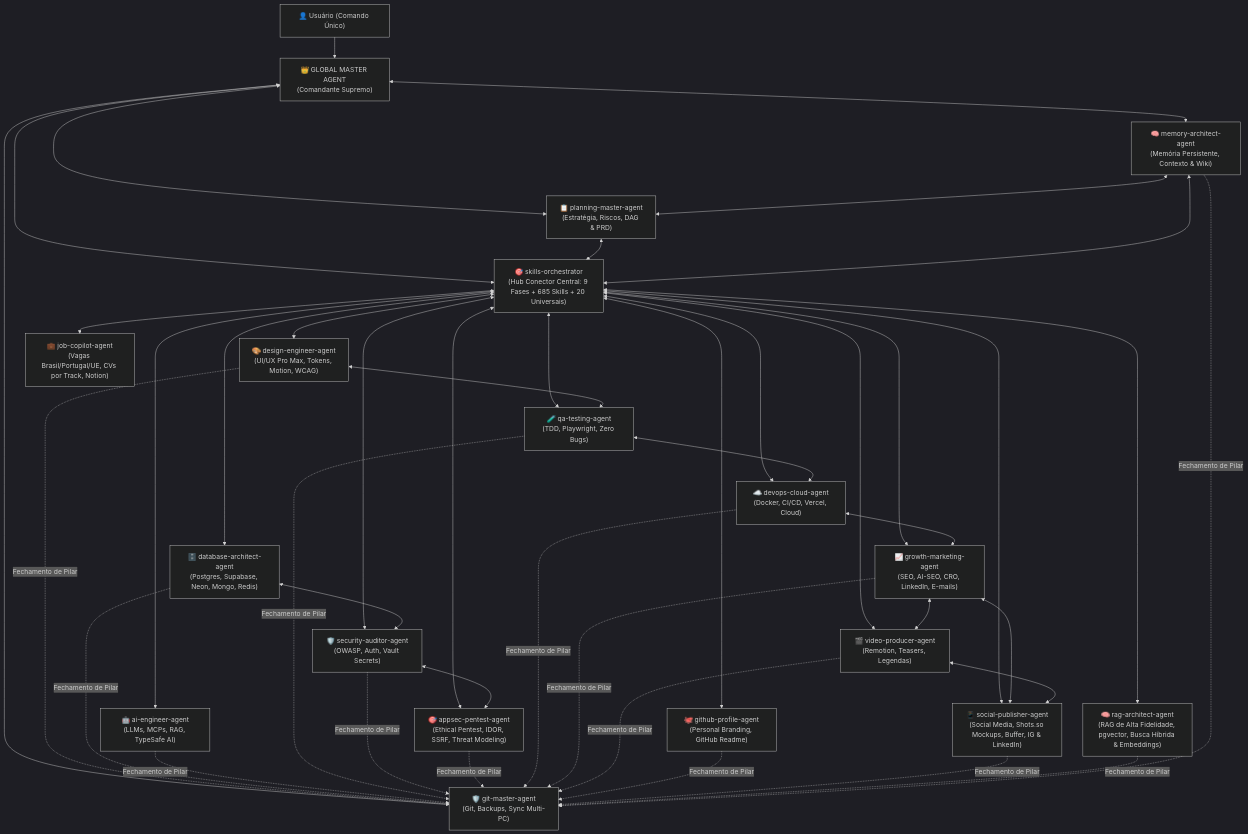
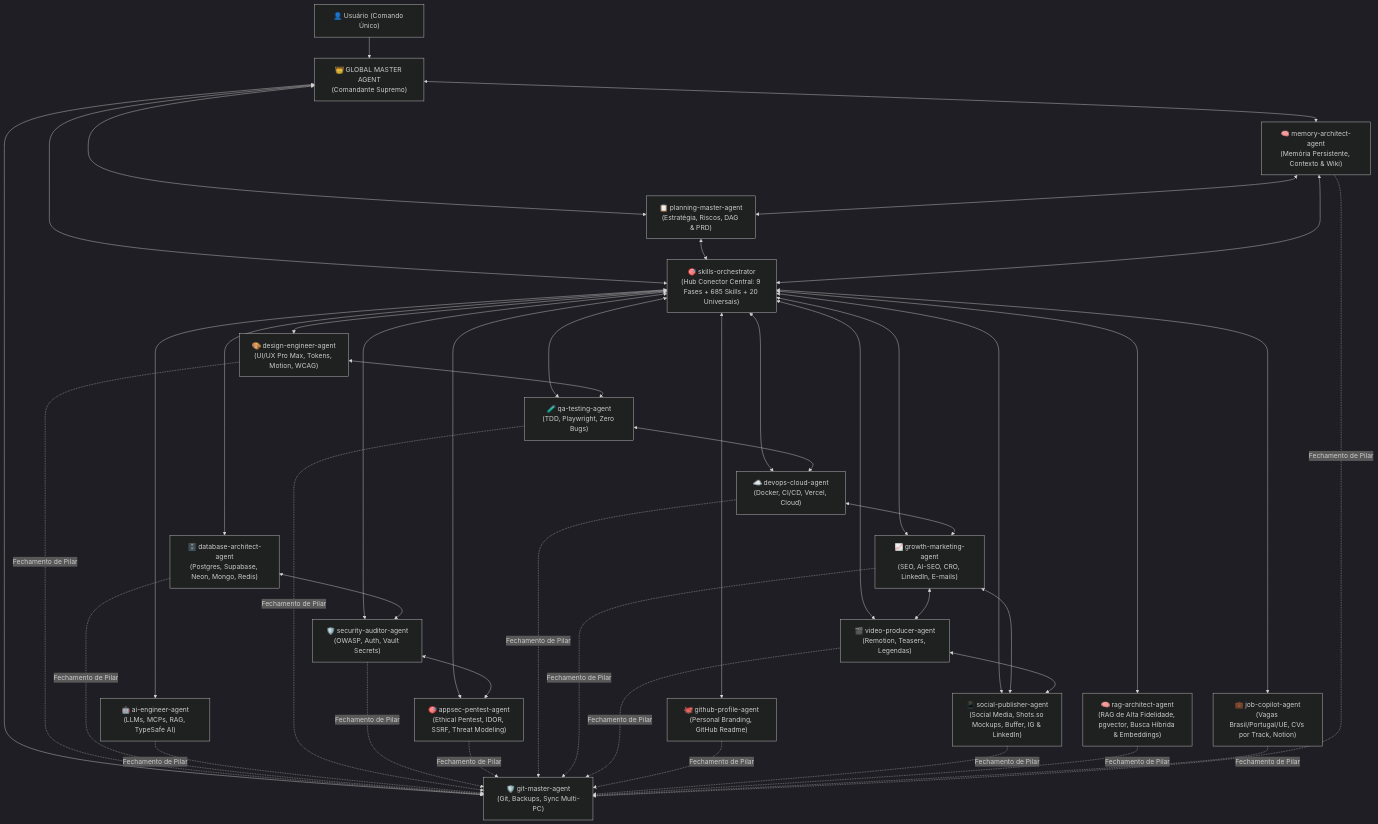
Before and after one commit to Henrique1601/SkiilsToIAs: the first of 2 diagrams in custom-agents/global-master-agent.md, drawn with Mermaid (dark theme). The commit also changed other lines of this file and 6 other files, not shown here.

````diff
--- a/custom-agents/global-master-agent.md
+++ b/custom-agents/global-master-agent.md
@@ -74,51 +74,52 @@
 ```mermaid
 flowchart TD
     User["👤 Usuário (Comando Único)"] --> GMA["👑 GLOBAL MASTER AGENT<br/>(Comandante Supremo)"]
     
     GMA <--> PLAN["📋 planning-master-agent<br/>(Estratégia, Riscos, DAG & PRD)"]
     GMA <--> MEM["🧠 memory-architect-agent<br/>(Memória Persistente, Contexto & Wiki)"]
     GMA <--> ORCH["🎯 skills-orchestrator<br/>(Hub Conector Central: 9 Fases + 685 Skills + 20 Universais)"]
     GMA <--> GIT["🛡️ git-master-agent<br/>(Git, Backups, Sync Multi-PC)"]
 
     PLAN <--> ORCH
     MEM <--> ORCH
     MEM <--> PLAN
 
     ORCH <--> UI["🎨 design-engineer-agent<br/>(UI/UX Pro Max, Tokens, Motion, WCAG)"]
     ORCH <--> DB["🗄️ database-architect-agent<br/>(Postgres, Supabase, Neon, Mongo, Redis)"]
     ORCH <--> AI["🤖 ai-engineer-agent<br/>(LLMs, MCPs, RAG, TypeSafe AI)"]
     ORCH <--> QA["🧪 qa-testing-agent<br/>(TDD, Playwright, Zero Bugs)"]
     ORCH <--> SEC["🛡️ security-auditor-agent<br/>(OWASP, Auth, Vault Secrets)"]
     ORCH <--> PENTEST["🎯 appsec-pentest-agent<br/>(Ethical Pentest, IDOR, SSRF, Threat Modeling)"]
     SEC <--> PENTEST
     ORCH <--> CLOUD["☁️ devops-cloud-agent<br/>(Docker, CI/CD, Vercel, Cloud)"]
     ORCH <--> GROWTH["📈 growth-marketing-agent<br/>(SEO, AI-SEO, CRO, LinkedIn, E-mails)"]
     ORCH <--> VIDEO["🎬 video-producer-agent<br/>(Remotion, Teasers, Legendas)"]
     ORCH <--> PROFILE["🐙 github-profile-agent<br/>(Personal Branding, GitHub Readme)"]
     ORCH <--> SOCIAL["📱 social-publisher-agent<br/>(Social Media, Shots.so Mockups, Buffer, IG & LinkedIn)"]
     ORCH <--> RAG["🧠 rag-architect-agent<br/>(RAG de Alta Fidelidade, pgvector, Busca Híbrida & Embeddings)"]
     ORCH <--> JOB["💼 job-copilot-agent<br/>(Vagas Brasil/Portugal/UE, CVs por Track, Notion)"]
 
     DB <--> SEC
     UI <--> QA
     QA <--> CLOUD
     CLOUD <--> GROWTH
     GROWTH <--> VIDEO
     GROWTH <--> SOCIAL
     VIDEO <--> SOCIAL
 
     %% Portão Obrigatório Final
     UI -.->|Fechamento de Pilar| GIT
     DB -.->|Fechamento de Pilar| GIT
     AI -.->|Fechamento de Pilar| GIT
     QA -.->|Fechamento de Pilar| GIT
     SEC -.->|Fechamento de Pilar| GIT
     PENTEST -.->|Fechamento de Pilar| GIT
     CLOUD -.->|Fechamento de Pilar| GIT
     GROWTH -.->|Fechamento de Pilar| GIT
     VIDEO -.->|Fechamento de Pilar| GIT
     PROFILE -.->|Fechamento de Pilar| GIT
     SOCIAL -.->|Fechamento de Pilar| GIT
     RAG -.->|Fechamento de Pilar| GIT
+    JOB -.->|Fechamento de Pilar| GIT
     MEM -.->|Fechamento de Pilar| GIT
 ```
````
